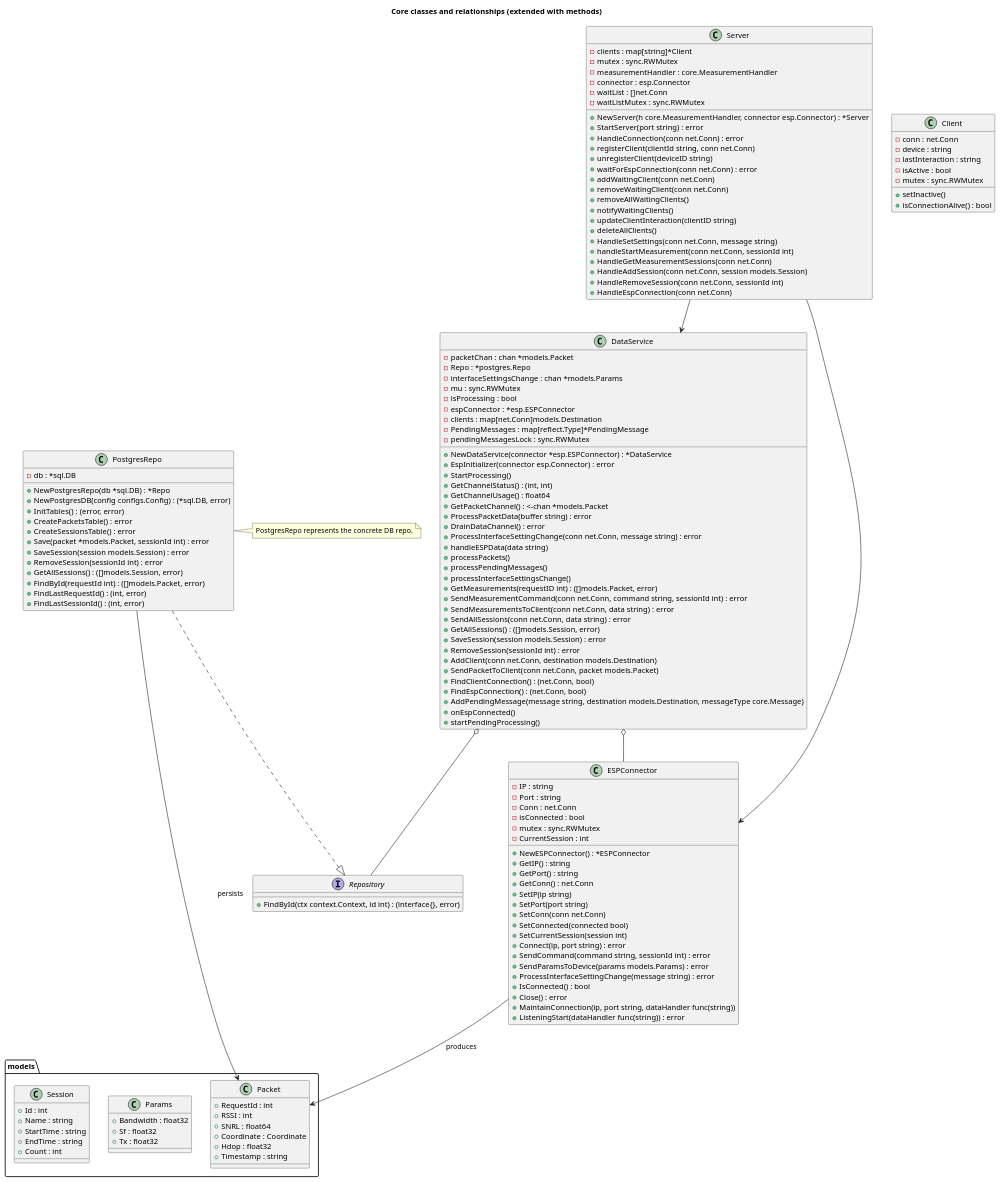
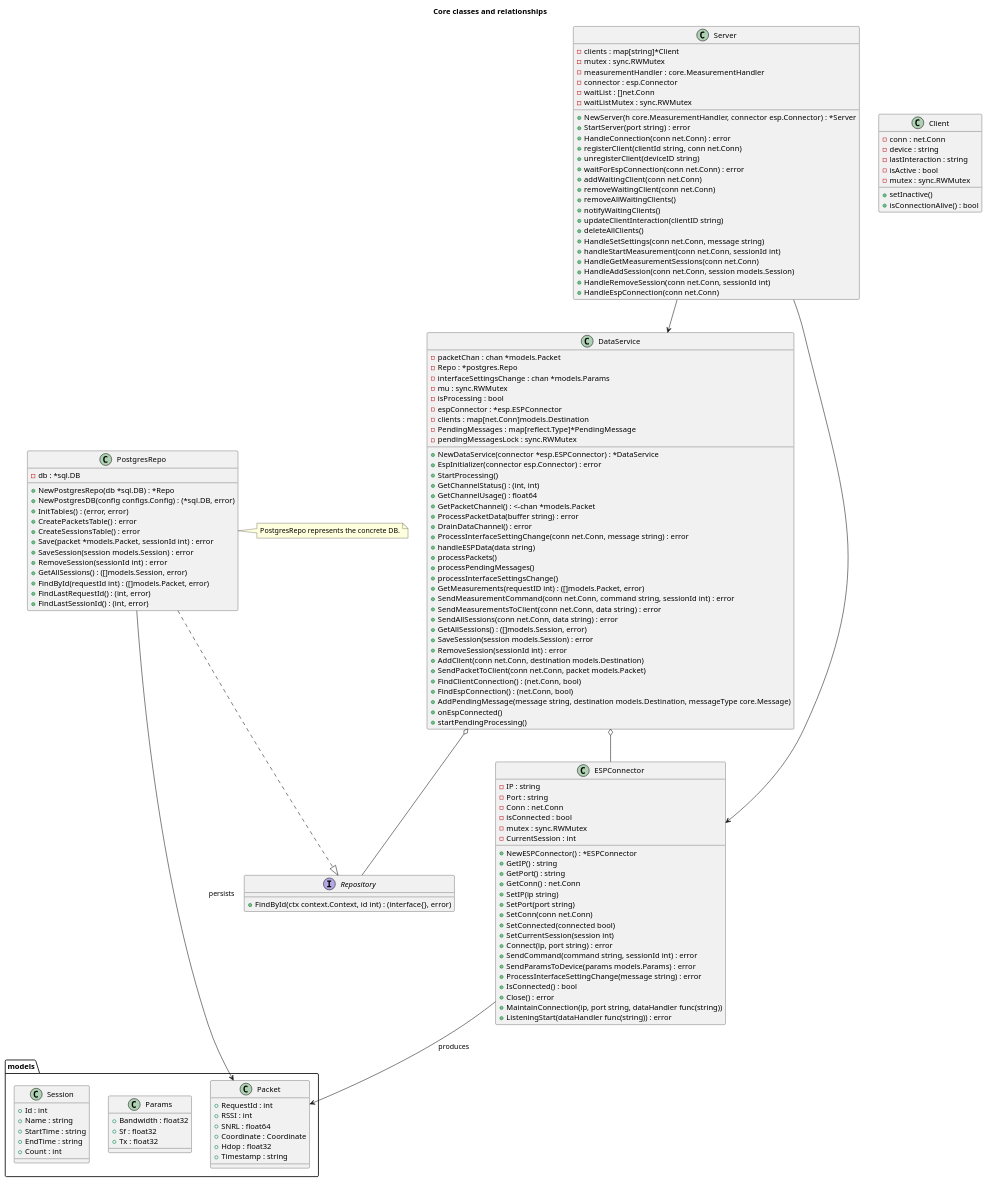
One commit to RedBlackHoodie/GsmLoraServer changed the diagram in doc/class.puml. Above: the diagram before and after it, drawn with PlantUML. The commit also changed 6 other files, not shown here.

```diff
--- a/doc/class.puml
+++ b/doc/class.puml
@@ -1,168 +1,168 @@
 @startuml
-title Core classes and relationships (extended with methods)
+title Core classes and relationships
 
 package models {
   class Packet {
     + RequestId : int
     + RSSI : int
     + SNRL : float64
     + Coordinate : Coordinate
     + Hdop : float32
     + Timestamp : string
   }
 
   class Params {
     + Bandwidth : float32
     + Sf : float32
     + Tx : float32
   }
 
   class Session {
     + Id : int
     + Name : string
     + StartTime : string
     + EndTime : string
     + Count : int
   }
 }
 
 class DataService {
   - packetChan : chan *models.Packet
   - Repo : *postgres.Repo
   - interfaceSettingsChange : chan *models.Params
   - mu : sync.RWMutex
   - isProcessing : bool
   - espConnector : *esp.ESPConnector
   - clients : map[net.Conn]models.Destination
   - PendingMessages : map[reflect.Type]*PendingMessage
   - pendingMessagesLock : sync.RWMutex
 
   + NewDataService(connector *esp.ESPConnector) : *DataService
   + EspInitializer(connector esp.Connector) : error
   + StartProcessing()
   + GetChannelStatus() : (int, int)
   + GetChannelUsage() : float64
   + GetPacketChannel() : <-chan *models.Packet
   + ProcessPacketData(buffer string) : error
   + DrainDataChannel() : error
   + ProcessInterfaceSettingChange(conn net.Conn, message string) : error
   + handleESPData(data string)
   + processPackets()
   + processPendingMessages()
   + processInterfaceSettingsChange()
   + GetMeasurements(requestID int) : ([]models.Packet, error)
   + SendMeasurementCommand(conn net.Conn, command string, sessionId int) : error
   + SendMeasurementsToClient(conn net.Conn, data string) : error
   + SendAllSessions(conn net.Conn, data string) : error
   + GetAllSessions() : ([]models.Session, error)
   + SaveSession(session models.Session) : error
   + RemoveSession(sessionId int) : error
   + AddClient(conn net.Conn, destination models.Destination)
   + SendPacketToClient(conn net.Conn, packet models.Packet)
   + FindClientConnection() : (net.Conn, bool)
   + FindEspConnection() : (net.Conn, bool)
   + AddPendingMessage(message string, destination models.Destination, messageType core.Message)
   + onEspConnected()
   + startPendingProcessing()
 }
 
 class ESPConnector {
   - IP : string
   - Port : string
   - Conn : net.Conn
   - isConnected : bool
   - mutex : sync.RWMutex
   - CurrentSession : int
 
   + NewESPConnector() : *ESPConnector
   + GetIP() : string
   + GetPort() : string
   + GetConn() : net.Conn
   + SetIP(ip string)
   + SetPort(port string)
   + SetConn(conn net.Conn)
   + SetConnected(connected bool)
   + SetCurrentSession(session int)
   + Connect(ip, port string) : error
   + SendCommand(command string, sessionId int) : error
   + SendParamsToDevice(params models.Params) : error
   + ProcessInterfaceSettingChange(message string) : error
   + IsConnected() : bool
   + Close() : error
   + MaintainConnection(ip, port string, dataHandler func(string))
   + ListeningStart(dataHandler func(string)) : error
 }
 
 interface Repository {
   + FindById(ctx context.Context, id int) : (interface{}, error)
 }
 
 class PostgresRepo {
   - db : *sql.DB
 
   + NewPostgresRepo(db *sql.DB) : *Repo
   + NewPostgresDB(config configs.Config) : (*sql.DB, error)
   + InitTables() : (error, error)
   + CreatePacketsTable() : error
   + CreateSessionsTable() : error
   + Save(packet *models.Packet, sessionId int) : error
   + SaveSession(session models.Session) : error
   + RemoveSession(sessionId int) : error
   + GetAllSessions() : ([]models.Session, error)
   + FindById(requestId int) : ([]models.Packet, error)
   + FindLastRequestId() : (int, error)
   + FindLastSessionId() : (int, error)
 }
 
 note right of PostgresRepo
-  PostgresRepo represents the concrete DB repo.
+  PostgresRepo represents the concrete DB.
 end note
 
 class Server {
   - clients : map[string]*Client
   - mutex : sync.RWMutex
   - measurementHandler : core.MeasurementHandler
   - connector : esp.Connector
   - waitList : []net.Conn
   - waitListMutex : sync.RWMutex
 
   + NewServer(h core.MeasurementHandler, connector esp.Connector) : *Server
   + StartServer(port string) : error
   + HandleConnection(conn net.Conn) : error
   + registerClient(clientId string, conn net.Conn)
   + unregisterClient(deviceID string)
   + waitForEspConnection(conn net.Conn) : error
   + addWaitingClient(conn net.Conn)
   + removeWaitingClient(conn net.Conn)
   + removeAllWaitingClients()
   + notifyWaitingClients()
   + updateClientInteraction(clientID string)
   + deleteAllClients()
   + HandleSetSettings(conn net.Conn, message string)
   + handleStartMeasurement(conn net.Conn, sessionId int)
   + HandleGetMeasurementSessions(conn net.Conn)
   + HandleAddSession(conn net.Conn, session models.Session)
   + HandleRemoveSession(conn net.Conn, sessionId int)
   + HandleEspConnection(conn net.Conn)
 }
 
 class Client {
   - conn : net.Conn
   - device : string
   - lastInteraction : string
   - isActive : bool
   - mutex : sync.RWMutex
 
   + setInactive()
   + isConnectionAlive() : bool
 }
 
 ' Relationships
 DataService o-- ESPConnector
 DataService o-- Repository
 PostgresRepo ..|> Repository
 Server --> DataService
 Server --> ESPConnector
 ESPConnector --> Packet : produces
 PostgresRepo --> Packet : persists
 @enduml
```
